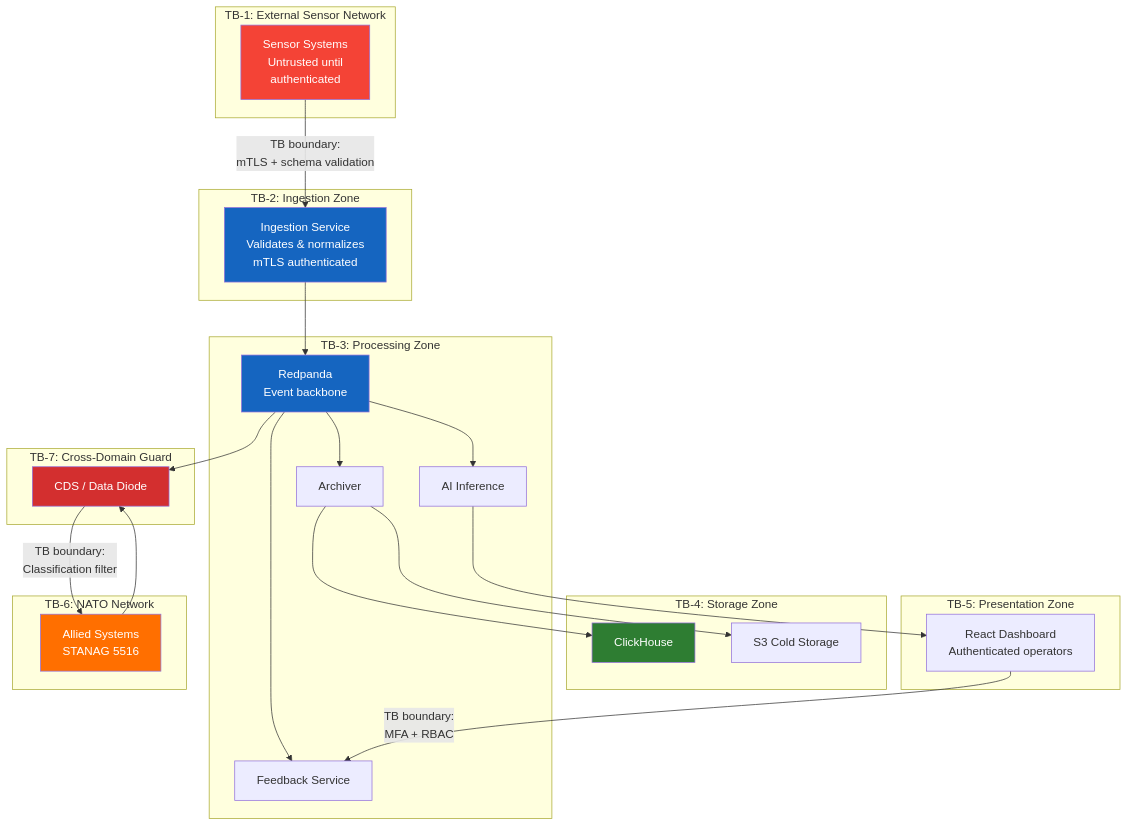
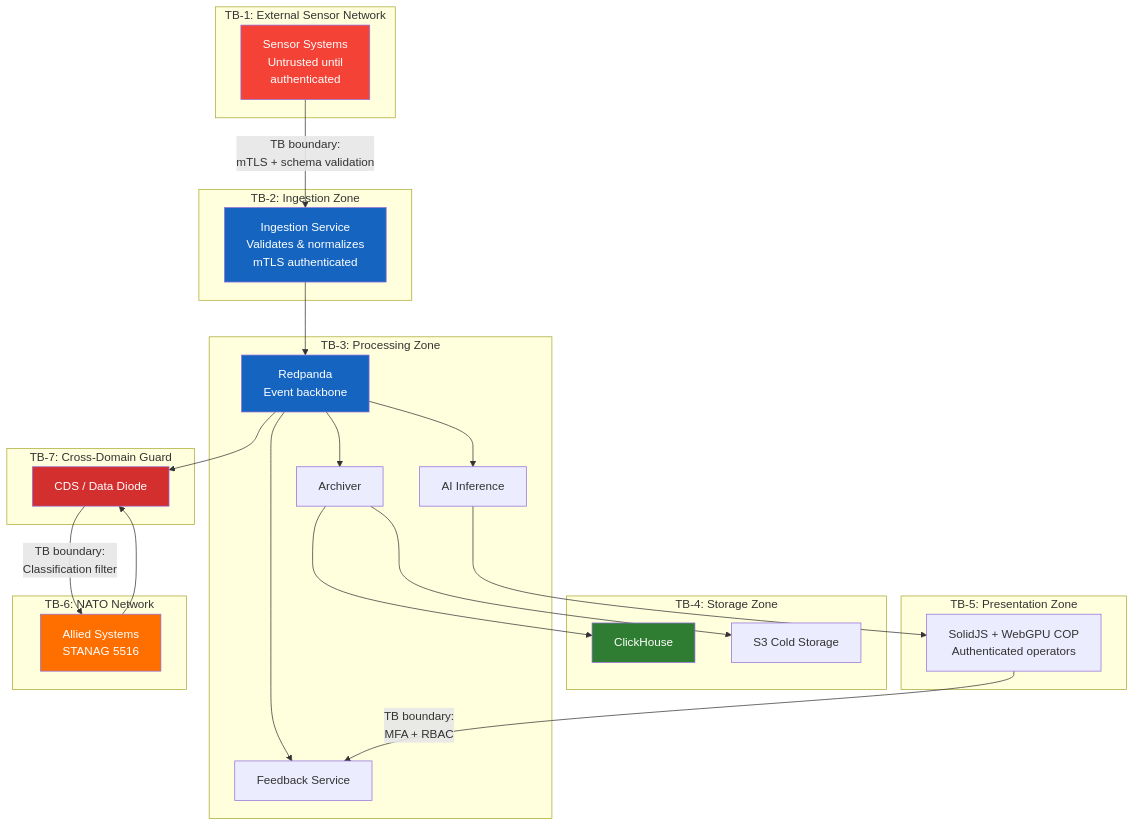
Before and after one commit to arvinddhasmana/rtsa_webgpu: the diagram in docs/sdlc_guidelines/03_architecture_design/threat_modeling.md, drawn with Mermaid. The commit also changed 65 other files, not shown here.

````diff
--- a/docs/sdlc_guidelines/03_architecture_design/threat_modeling.md
+++ b/docs/sdlc_guidelines/03_architecture_design/threat_modeling.md
@@ -115,54 +115,54 @@
 ```mermaid
 graph TB
     subgraph "TB-1: External Sensor Network"
         SENSORS[Sensor Systems<br/>Untrusted until<br/>authenticated]
     end
 
     subgraph "TB-2: Ingestion Zone"
         ING[Ingestion Service<br/>Validates & normalizes<br/>mTLS authenticated]
     end
 
     subgraph "TB-3: Processing Zone"
         RP[Redpanda<br/>Event backbone]
         AI[AI Inference]
         FEEDBACK[Feedback Service]
         ARCHIVER[Archiver]
     end
 
     subgraph "TB-4: Storage Zone"
         CH[ClickHouse]
         S3[S3 Cold Storage]
     end
 
     subgraph "TB-5: Presentation Zone"
-        UI[React Dashboard<br/>Authenticated operators]
+        UI[SolidJS + WebGPU COP<br/>Authenticated operators]
     end
 
     subgraph "TB-6: NATO Network"
         NATO[Allied Systems<br/>STANAG 5516]
     end
 
     subgraph "TB-7: Cross-Domain Guard"
         CDG[CDS / Data Diode]
     end
 
     SENSORS -->|"TB boundary:<br/>mTLS + schema validation"| ING
     ING --> RP
     RP --> AI
     RP --> ARCHIVER
     RP --> FEEDBACK
     ARCHIVER --> CH
     ARCHIVER --> S3
     UI -->|"TB boundary:<br/>MFA + RBAC"| FEEDBACK
     AI --> UI
     RP --> CDG
     CDG -->|"TB boundary:<br/>Classification filter"| NATO
     NATO --> CDG
 
     style SENSORS fill:#f44336,color:#fff
     style CDG fill:#d32f2f,color:#fff
     style NATO fill:#ff6f00,color:#fff
     style ING fill:#1565c0,color:#fff
     style RP fill:#1565c0,color:#fff
     style CH fill:#2e7d32,color:#fff
 ```
````
